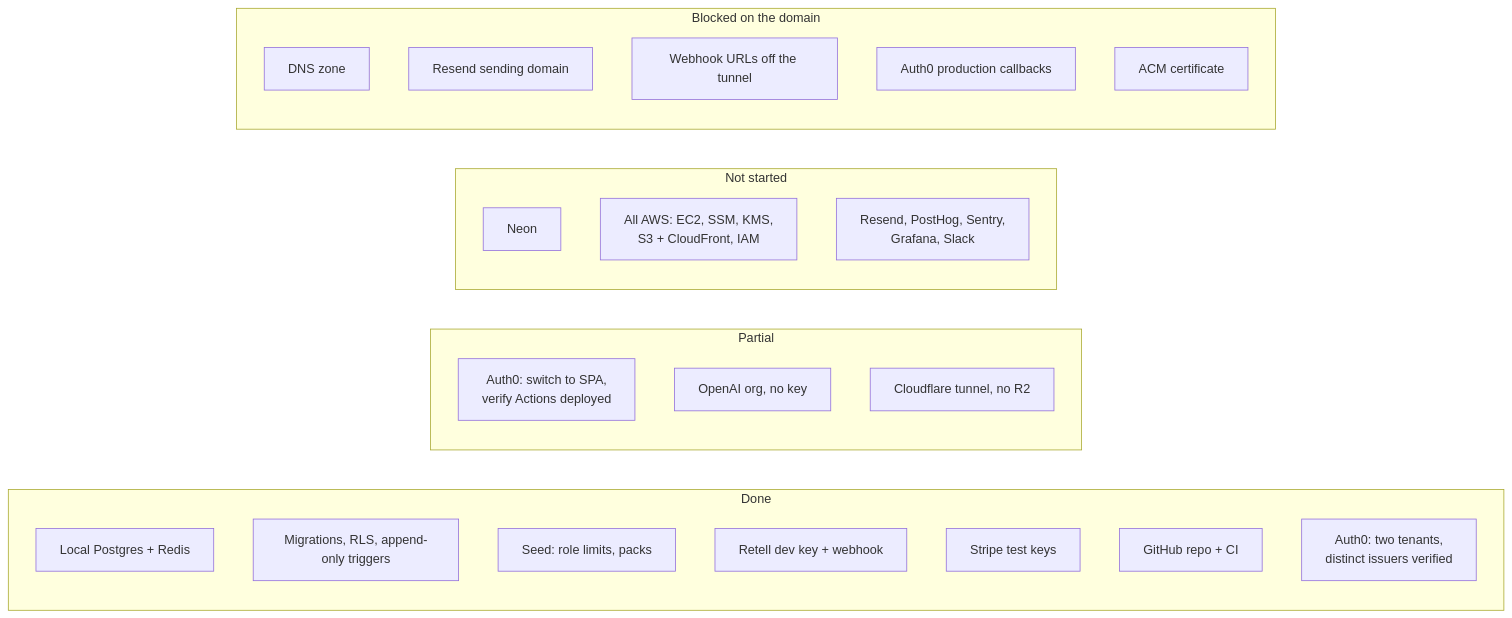
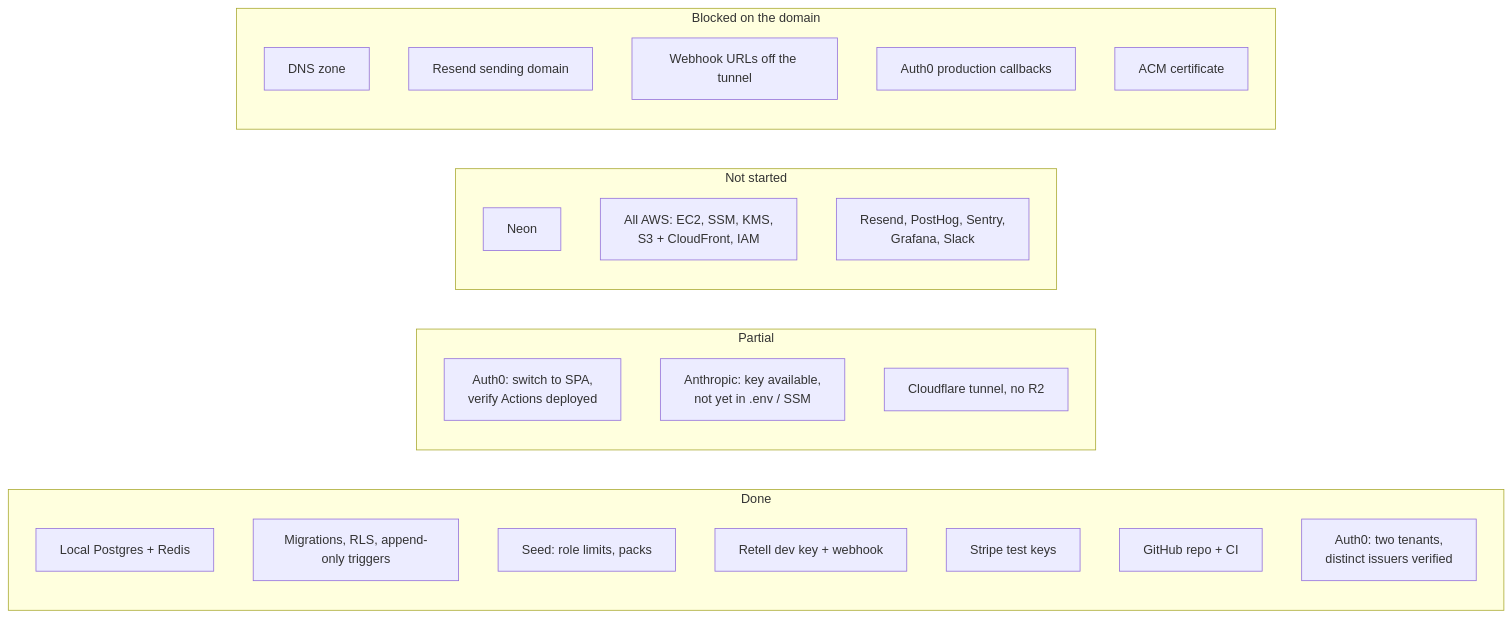
One commit to saksham-metacognixion/Voice-Agent changed diagram 22 of 22 in docs/architecture.md. Above: the diagram before and after it, drawn with Mermaid. The commit also changed other lines of this file and 106 other files, not shown here.

````diff
--- a/docs/architecture.md
+++ b/docs/architecture.md
@@ -1130,29 +1147,29 @@
 ```mermaid
 flowchart LR
     subgraph done["Done"]
         L1["Local Postgres + Redis"]
         L2["Migrations, RLS, append-only triggers"]
         L3["Seed: role limits, packs"]
         L4["Retell dev key + webhook"]
         L5["Stripe test keys"]
         L6["GitHub repo + CI"]
         L7["Auth0: two tenants,<br/>distinct issuers verified"]
     end
     subgraph partial["Partial"]
         P1["Auth0: switch to SPA,<br/>verify Actions deployed"]
-        P2["OpenAI org, no key"]
+        P2["Anthropic: key available,<br/>not yet in .env / SSM"]
         P3["Cloudflare tunnel, no R2"]
     end
     subgraph todo["Not started"]
         T1["Neon"]
         T2["All AWS: EC2, SSM, KMS,<br/>S3 + CloudFront, IAM"]
         T3["Resend, PostHog, Sentry,<br/>Grafana, Slack"]
     end
     subgraph blocked["Blocked on the domain"]
         B1["DNS zone"]
         B2["Resend sending domain"]
         B3["Webhook URLs off the tunnel"]
         B4["Auth0 production callbacks"]
         B5["ACM certificate"]
     end
 ```
````
